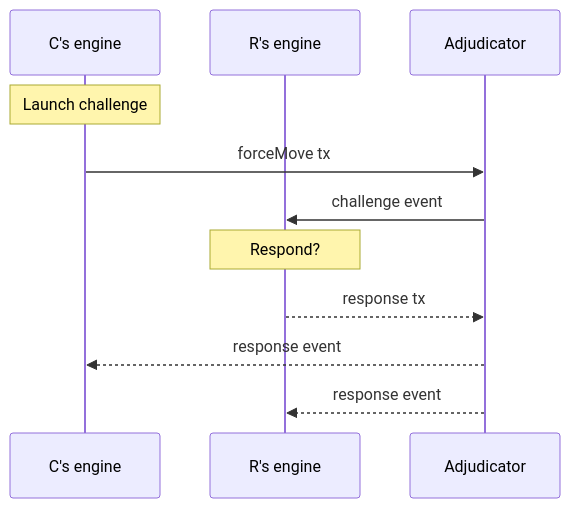
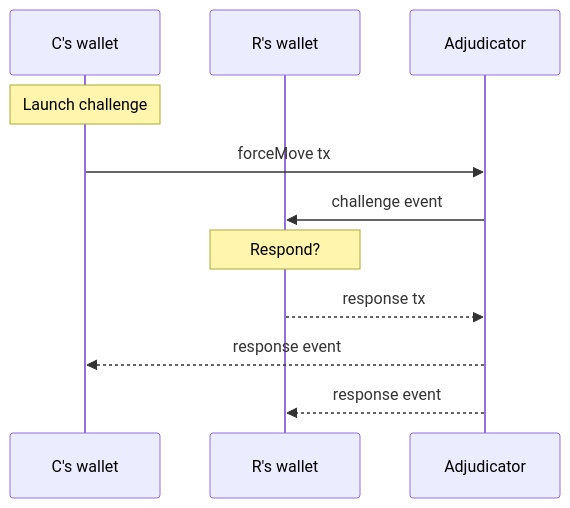
One commit to statechannels/statechannels changed the diagram in packages/wallet/src/redux/protocols/dispute/readme.md. Above: the diagram before and after it, drawn with Mermaid. The commit also changed 124 other files, not shown here.

Commit message:
chore: rename all instances of engine to wallet

````diff
--- a/packages/wallet/src/redux/protocols/dispute/readme.md
+++ b/packages/wallet/src/redux/protocols/dispute/readme.md
@@ -14,13 +14,13 @@
 ```mermaid
 sequenceDiagram
-  participant C as C's engine
-  participant R as R's engine
+  participant C as C's wallet
+  participant R as R's wallet
   participant A as Adjudicator
   Note over C: Launch challenge
   C->>A: forceMove tx
   A->>R: challenge event
   Note over R: Respond?
   R-->>A: response tx
   A-->>C: response event
   A-->>R: response event
 ```
````
